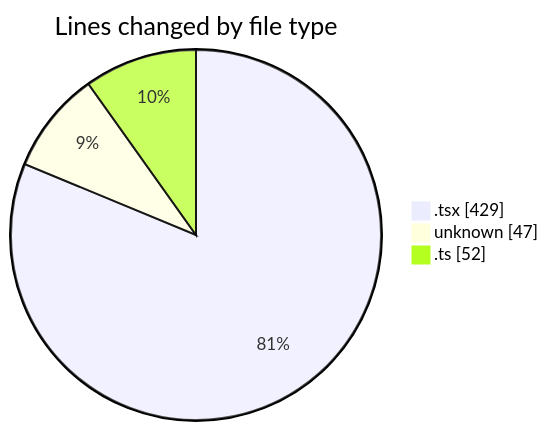
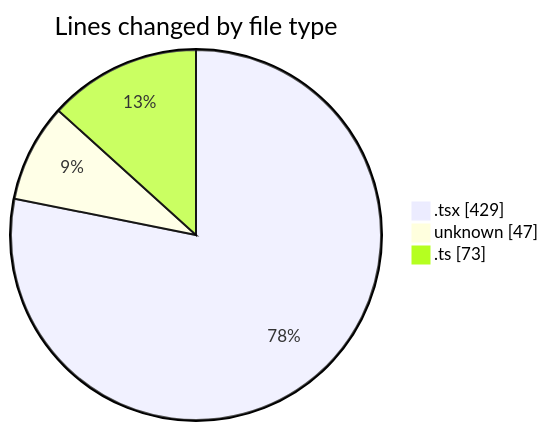
One commit to momahboobian/code-tracking changed the first of 2 diagrams in 2025-09-18/cda/README.md. Above: the diagram before and after it, drawn with Mermaid. The commit also changed other lines of this file and 1 other file, not shown here.

````diff
--- a/2025-09-18/cda/README.md
+++ b/2025-09-18/cda/README.md
@@ -24,7 +24,7 @@
 ```mermaid
 pie showData
 title Lines changed by file type
 ".tsx" : 429
 "unknown" : 47
-".ts" : 52
+".ts" : 73
 ```
````
